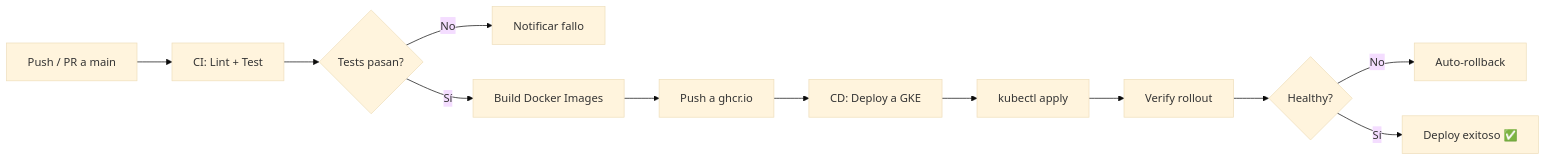
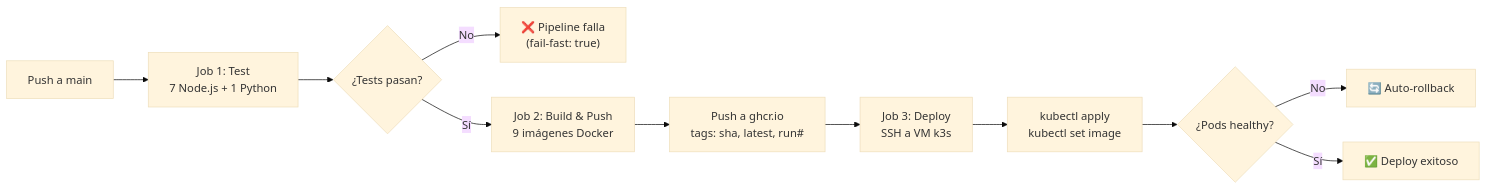
One commit to iamjalberto/delivereats-deploy changed the third of 5 diagrams in docs/DOCUMENTACION_FASE2.md. Above: the diagram before and after it, drawn with Mermaid (base theme). The commit also changed other lines of this file, not shown here.

````diff
--- a/docs/DOCUMENTACION_FASE2.md
+++ b/docs/DOCUMENTACION_FASE2.md
@@ -1113,14 +526,13 @@
 ```mermaid
 flowchart LR
-    A[Push / PR a main] --> B[CI: Lint + Test]
-    B --> C{Tests pasan?}
-    C -->|No| D[Notificar fallo]
-    C -->|Sí| E[Build Docker Images]
-    E --> F[Push a ghcr.io]
-    F --> G[CD: Deploy a GKE]
-    G --> H[kubectl apply]
-    H --> I[Verify rollout]
-    I --> J{Healthy?}
-    J -->|No| K[Auto-rollback]
-    J -->|Sí| L[Deploy exitoso ✅]
+    A["Push a main"] --> B["Job 1: Test<br/>7 Node.js + 1 Python"]
+    B --> C{"¿Tests pasan?"}
+    C -->|No| D["❌ Pipeline falla<br/>(fail-fast: true)"]
+    C -->|Sí| E["Job 2: Build & Push<br/>9 imágenes Docker"]
+    E --> F["Push a ghcr.io<br/>tags: sha, latest, run#"]
+    F --> G["Job 3: Deploy<br/>SSH a VM k3s"]
+    G --> H["kubectl apply<br/>kubectl set image"]
+    H --> I{"¿Pods healthy?"}
+    I -->|No| J["🔄 Auto-rollback"]
+    I -->|Sí| K["✅ Deploy exitoso"]
 ```
````
